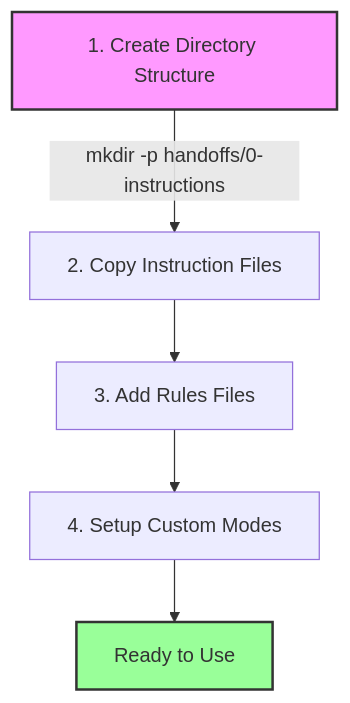
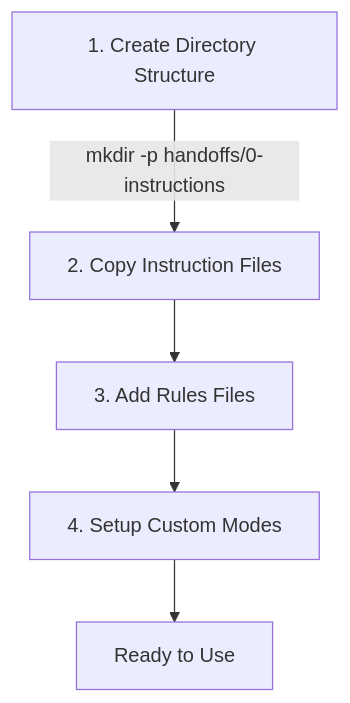
One commit to xlfish233/RooFlow changed the second of 4 diagrams in handoffs/handoff-system-guide.md. Above: the diagram before and after it, drawn with Mermaid. The commit also changed other lines of this file and 3 other files, not shown here.

Commit message:
Updated user paths and fixed bad mermaid colors

````diff
--- a/handoffs/handoff-system-guide.md
+++ b/handoffs/handoff-system-guide.md
@@ -36,10 +36,8 @@
 ```mermaid
 graph TD
     A[1. Create Directory Structure] -->|mkdir -p handoffs/0-instructions| B[2. Copy Instruction Files]
     B --> C[3. Add Rules Files]
     C --> D[4. Setup Custom Modes]
     D --> E[Ready to Use]
     
-    style A fill:#f9f,stroke:#333,stroke-width:2px
-    style E fill:#9f9,stroke:#333,stroke-width:2px
 ```
````
